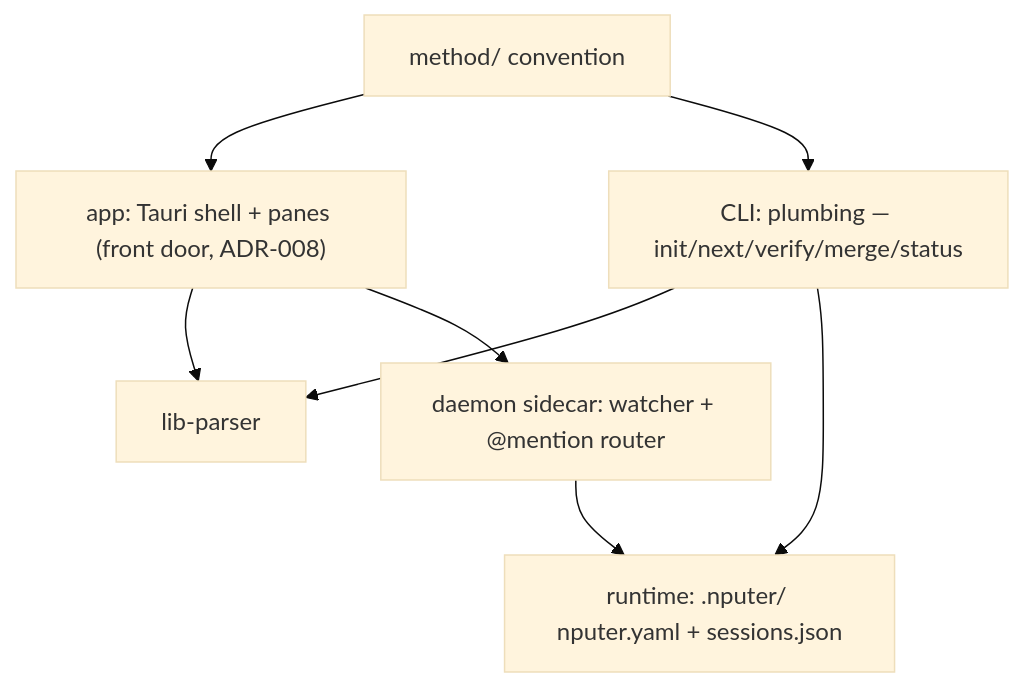
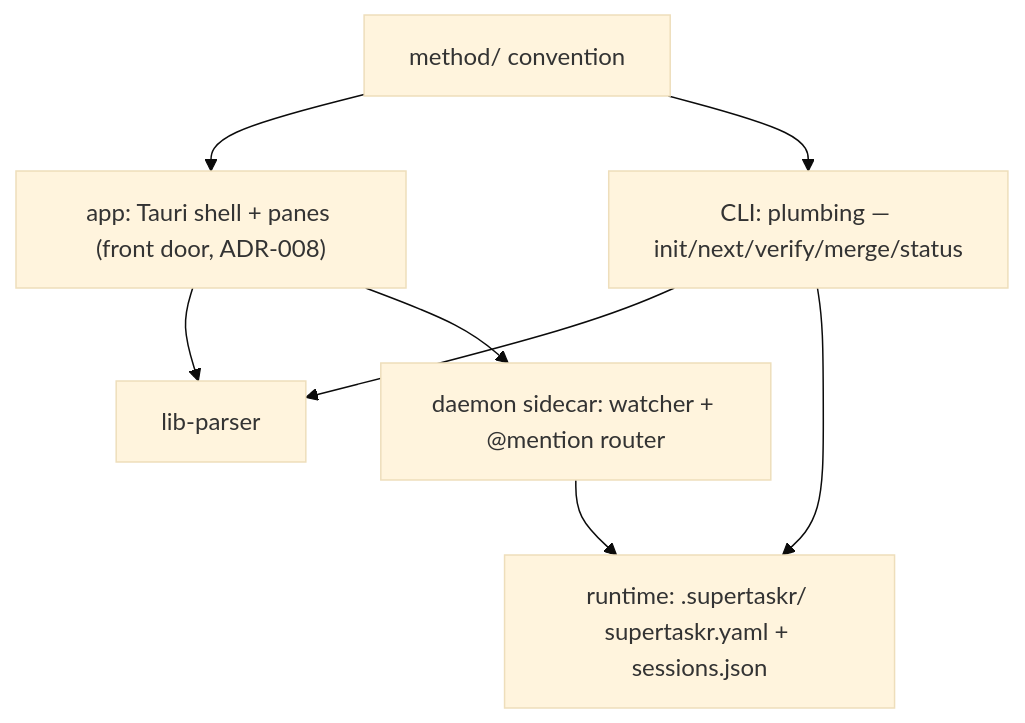
Before and after one commit to juhosarvanco/supertaskr: the diagram in docs/ARCHITECTURE.md, drawn with Mermaid (base theme). The commit also changed other lines of this file and 12 other files, not shown here.

````diff
--- a/docs/ARCHITECTURE.md
+++ b/docs/ARCHITECTURE.md
@@ -13,10 +13,10 @@
 ```mermaid
 graph TD
   M["method/ convention"] --> A["app: Tauri shell + panes (front door, ADR-008)"]
   M --> C["CLI: plumbing — init/next/verify/merge/status"]
   A --> P["lib-parser"]
   C --> P
   A --> D["daemon sidecar: watcher + @mention router"]
-  C --> R["runtime: .nputer/ nputer.yaml + sessions.json"]
+  C --> R["runtime: .supertaskr/ supertaskr.yaml + sessions.json"]
   D --> R
 ```
````
